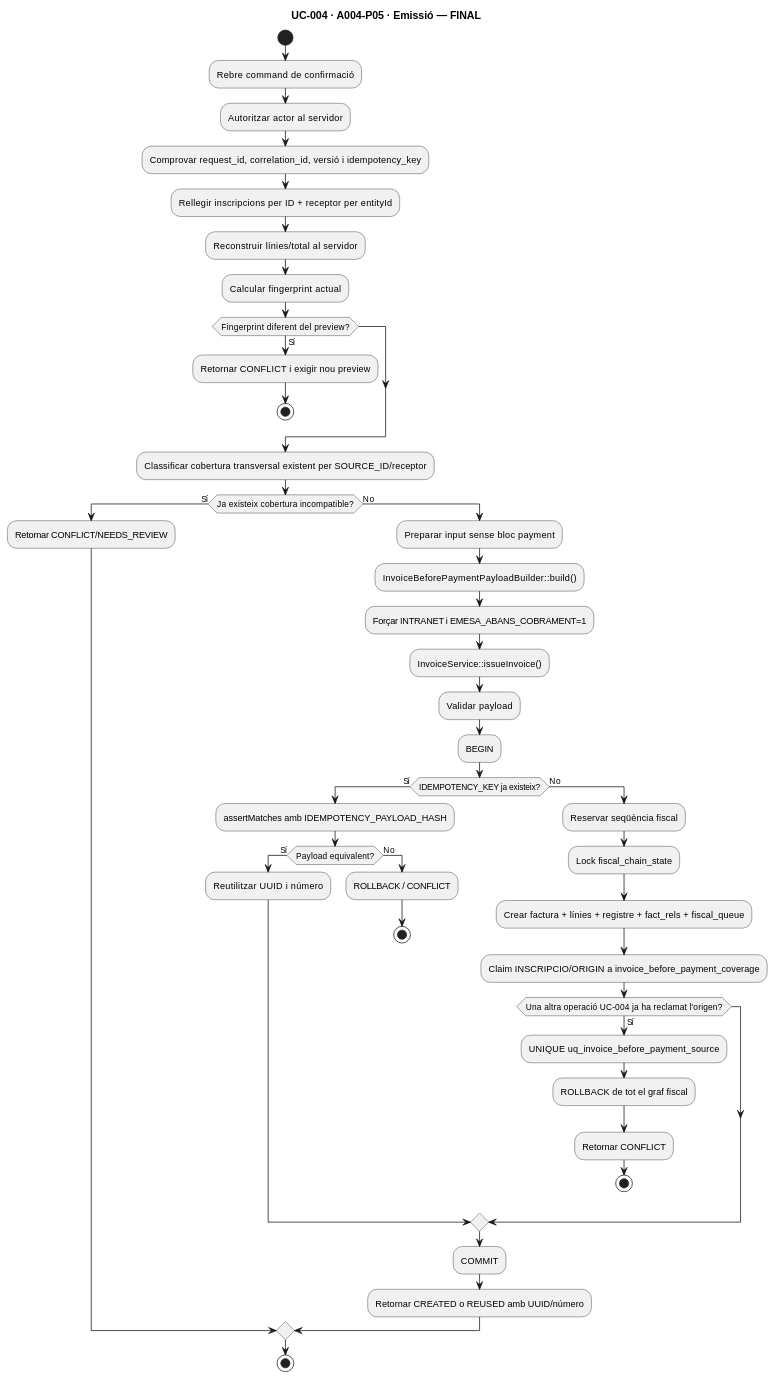
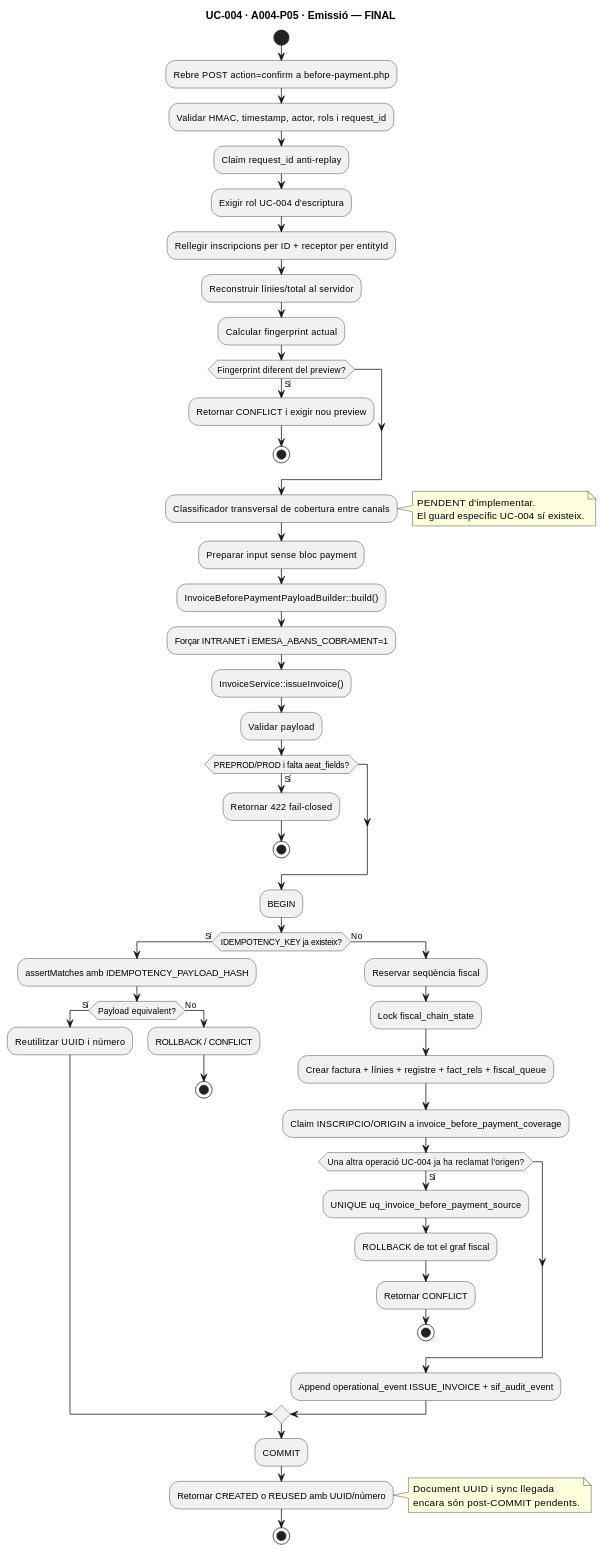
One commit to orgmeriemprismacat-del/verifactu changed diagram 12 of 14 in documentacio/07-uml-integrat/uc-004-activitats-actual-final.md. Above: the diagram before and after it, drawn with PlantUML. The commit also changed other lines of this file, not shown here.

````diff
--- a/documentacio/07-uml-integrat/uc-004-activitats-actual-final.md
+++ b/documentacio/07-uml-integrat/uc-004-activitats-actual-final.md
@@ -391,50 +403,60 @@
 ```plantuml
 @startuml
 title UC-004 · A004-P05 · Emissió — FINAL
 start
-:Rebre command de confirmació;
-:Autoritzar actor al servidor;
-:Comprovar request_id, correlation_id, versió i idempotency_key;
+:Rebre POST action=confirm a before-payment.php;
+:Validar HMAC, timestamp, actor, rols i request_id;
+:Claim request_id anti-replay;
+:Exigir rol UC-004 d'escriptura;
 :Rellegir inscripcions per ID + receptor per entityId;
 :Reconstruir línies/total al servidor;
 :Calcular fingerprint actual;
 if (Fingerprint diferent del preview?) then (Sí)
   :Retornar CONFLICT i exigir nou preview;
   stop
 endif
-:Classificar cobertura transversal existent per SOURCE_ID/receptor;
-if (Ja existeix cobertura incompatible?) then (Sí)
-  :Retornar CONFLICT/NEEDS_REVIEW;
-else (No)
-  :Preparar input sense bloc payment;
+:Classificador transversal de cobertura entre canals;
+note right
+  PENDENT d'implementar.
+  El guard específic UC-004 sí existeix.
+end note
+:Preparar input sense bloc payment;
   :InvoiceBeforePaymentPayloadBuilder::build();
   :Forçar INTRANET i EMESA_ABANS_COBRAMENT=1;
   :InvoiceService::issueInvoice();
   :Validar payload;
+  if (PREPROD/PROD i falta aeat_fields?) then (Sí)
+    :Retornar 422 fail-closed;
+    stop
+  endif
   :BEGIN;
   if (IDEMPOTENCY_KEY ja existeix?) then (Sí)
     :assertMatches amb IDEMPOTENCY_PAYLOAD_HASH;
     if (Payload equivalent?) then (Sí)
       :Reutilitzar UUID i número;
     else (No)
       :ROLLBACK / CONFLICT;
       stop
     endif
   else (No)
     :Reservar seqüència fiscal;
     :Lock fiscal_chain_state;
     :Crear factura + línies + registre + fact_rels + fiscal_queue;
     :Claim INSCRIPCIO/ORIGIN a invoice_before_payment_coverage;
     if (Una altra operació UC-004 ja ha reclamat l'origen?) then (Sí)
       :UNIQUE uq_invoice_before_payment_source;
       :ROLLBACK de tot el graf fiscal;
       :Retornar CONFLICT;
       stop
     endif
+    :Append operational_event ISSUE_INVOICE + sif_audit_event;
   endif
   :COMMIT;
   :Retornar CREATED o REUSED amb UUID/número;
-endif
+  note right
+    Document UUID i sync llegada
+    encara són post-COMMIT pendents.
+  end note
 stop
 @enduml
 ```
````
